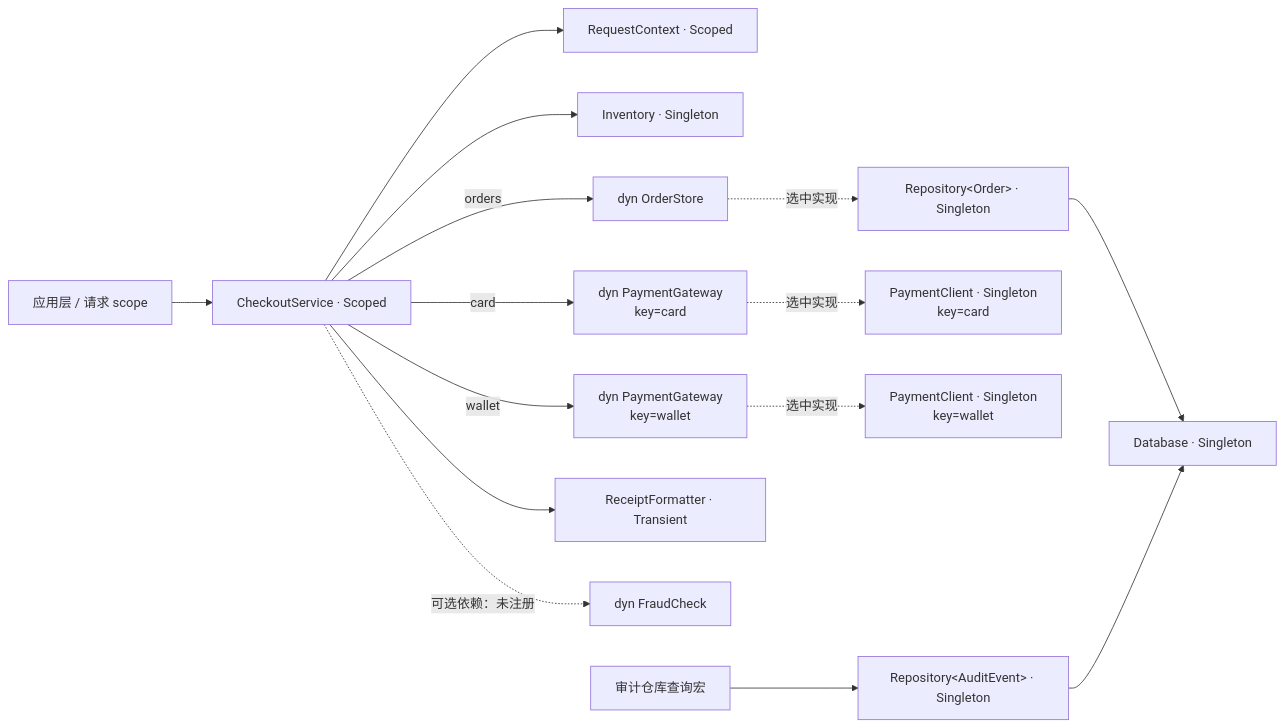
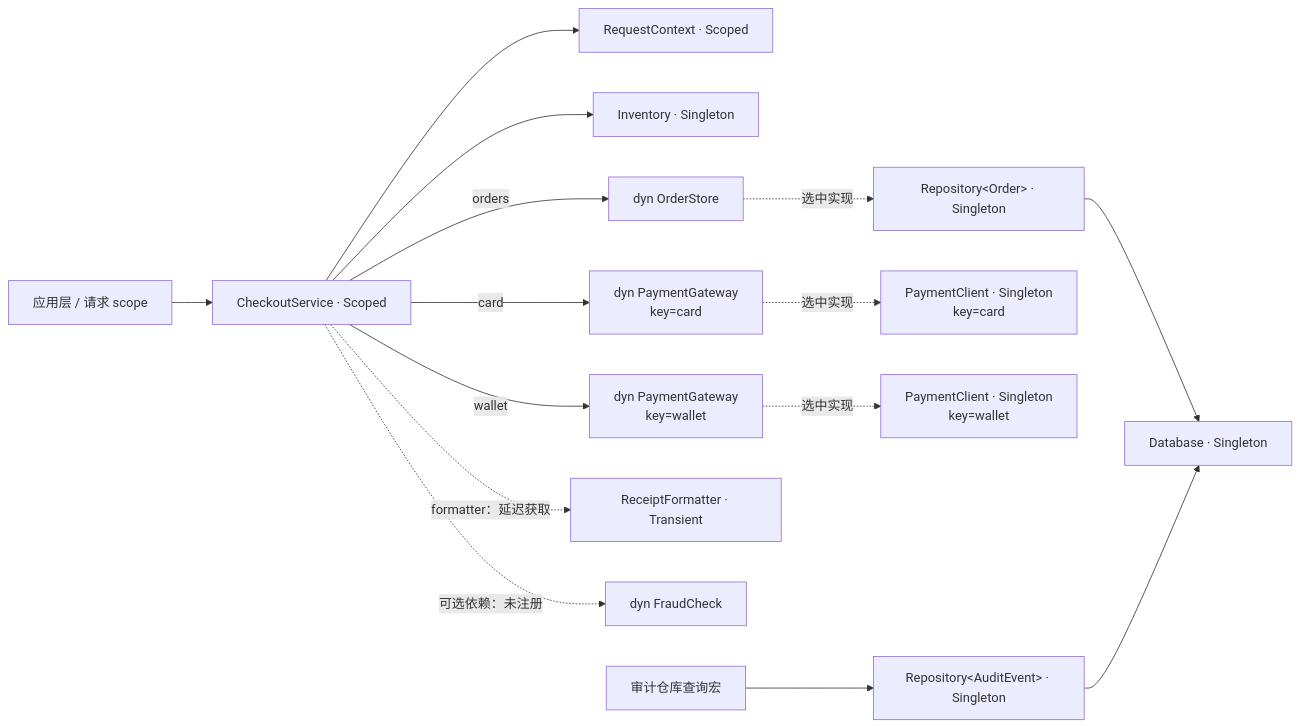
The diagram in example/di-checkout/README.md (Fangfang2468/nestrs-framework), drawn with Mermaid before and after one commit. The commit also changed other lines of this file and 54 other files, not shown here.

````diff
--- a/example/di-checkout/README.md
+++ b/example/di-checkout/README.md
@@ -163,17 +163,17 @@
 ```mermaid
 flowchart LR
     Driver["应用层 / 请求 scope"] --> Checkout["CheckoutService · Scoped"]
     Checkout --> Context["RequestContext · Scoped"]
     Checkout --> Inventory["Inventory · Singleton"]
     Checkout -- orders --> Store["dyn OrderStore"]
     Store -. "选中实现" .-> Orders["Repository&lt;Order&gt; · Singleton"]
     Checkout -- card --> CardGateway["dyn PaymentGateway<br/>key=card"]
     Checkout -- wallet --> WalletGateway["dyn PaymentGateway<br/>key=wallet"]
     CardGateway -. "选中实现" .-> CardPayment["PaymentClient · Singleton<br/>key=card"]
     WalletGateway -. "选中实现" .-> WalletPayment["PaymentClient · Singleton<br/>key=wallet"]
-    Checkout --> Receipt["ReceiptFormatter · Transient"]
+    Checkout -. "formatter：延迟获取" .-> Receipt["ReceiptFormatter · Transient"]
     Checkout -. "可选依赖：未注册" .-> Fraud["dyn FraudCheck"]
     Orders --> Database["Database · Singleton"]
     AuditQuery["审计仓库查询宏"] --> Audit["Repository&lt;AuditEvent&gt; · Singleton"]
     Audit --> Database
 ```
````
